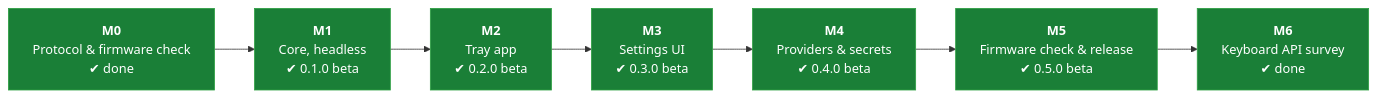
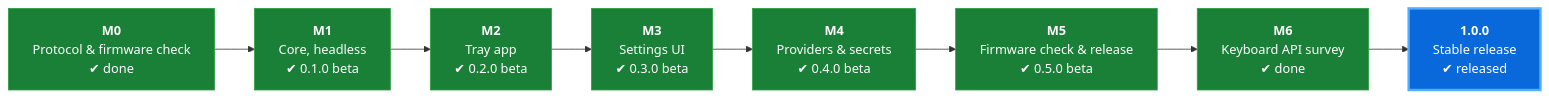
Before and after one commit to MrUrdam/chilkey_nd104_utilities: the diagram in apps/nd104-sync/README.md, drawn with Mermaid. The commit also changed other lines of this file and 5 other files, not shown here.

First line of the commit message:
Release 1.0.0 – first stable release

````diff
--- a/apps/nd104-sync/README.md
+++ b/apps/nd104-sync/README.md
@@ -513,15 +514,16 @@
 ```mermaid
 flowchart LR
     M0["<b>M0</b><br/>Protocol &amp; firmware check<br/>✔ done"]:::done
     M1["<b>M1</b><br/>Core, headless<br/>✔ 0.1.0 beta"]:::done
     M2["<b>M2</b><br/>Tray app<br/>✔ 0.2.0 beta"]:::done
     M3["<b>M3</b><br/>Settings UI<br/>✔ 0.3.0 beta"]:::done
     M4["<b>M4</b><br/>Providers &amp; secrets<br/>✔ 0.4.0 beta"]:::done
     M5["<b>M5</b><br/>Firmware check &amp; release<br/>✔ 0.5.0 beta"]:::done
     M6["<b>M6</b><br/>Keyboard API survey<br/>✔ done"]:::done
-    M0 --> M1 --> M2 --> M3 --> M4 --> M5 --> M6
+    V1["<b>1.0.0</b><br/>Stable release<br/>✔ released"]:::current
+    M0 --> M1 --> M2 --> M3 --> M4 --> M5 --> M6 --> V1
 
     classDef done fill:#1a7f37,stroke:#2ea043,color:#ffffff
     classDef current fill:#0969da,stroke:#54aeff,color:#ffffff,stroke-width:3px
     classDef todo fill:#6e7781,stroke:#8c959f,color:#ffffff
 ```
````
